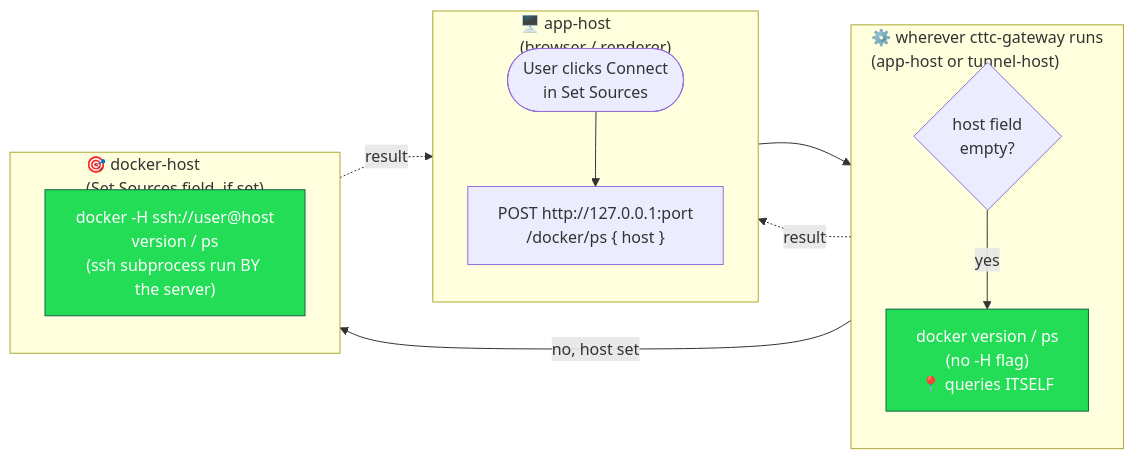
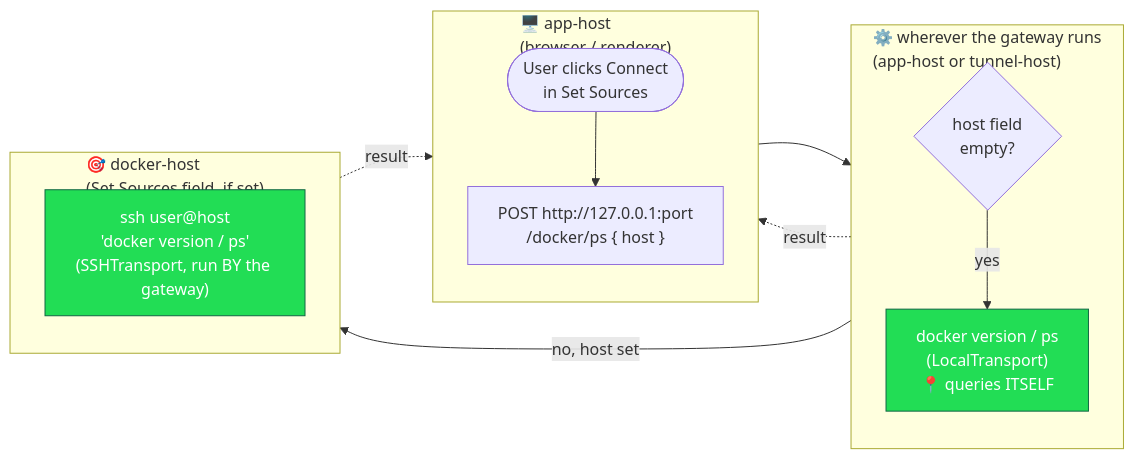
The first of 2 diagrams in docs/architecture/docker-target-resolution.md (oliben67/cut-to-the-chase), drawn with Mermaid before and after one commit. The commit also changed other lines of this file and 4 other files, not shown here.

First line of the commit message:
docs(architecture): reconcile design docs against the log-sump migration

````diff
--- a/docs/architecture/docker-target-resolution.md
+++ b/docs/architecture/docker-target-resolution.md
@@ -26,27 +27,27 @@
 ```mermaid
 flowchart LR
     subgraph L1["🖥️ app-host<br/>(browser / renderer)"]
         direction TB
         S1(["User clicks Connect<br/>in Set Sources"]) --> S2["POST http://127.0.0.1:port<br/>/docker/ps { host }"]
     end
 
-    subgraph L2["⚙️ wherever cttc-gateway runs<br/>(app-host or tunnel-host)"]
+    subgraph L2["⚙️ wherever the gateway runs<br/>(app-host or tunnel-host)"]
         direction TB
         S3{"host field<br/>empty?"}
-        S4["docker version / ps<br/>(no -H flag)<br/>📍 queries ITSELF"]
+        S4["docker version / ps<br/>(LocalTransport)<br/>📍 queries ITSELF"]
         S3 -- "yes" --> S4
     end
 
     subgraph L3["🎯 docker-host<br/>(Set Sources field, if set)"]
         direction TB
-        S5["docker -H ssh://user@host<br/>version / ps<br/>(ssh subprocess run BY the server)"]
+        S5["ssh user@host<br/>'docker version / ps'<br/>(SSHTransport, run BY the gateway)"]
     end
 
     S2 --> S3
     S3 -- "no, host set" --> S5
     S4 -. result .-> S2
     S5 -. result .-> S2
 
     classDef here fill:#2d5,stroke:#164,color:#fff
     class S4,S5 here
 ```
````
